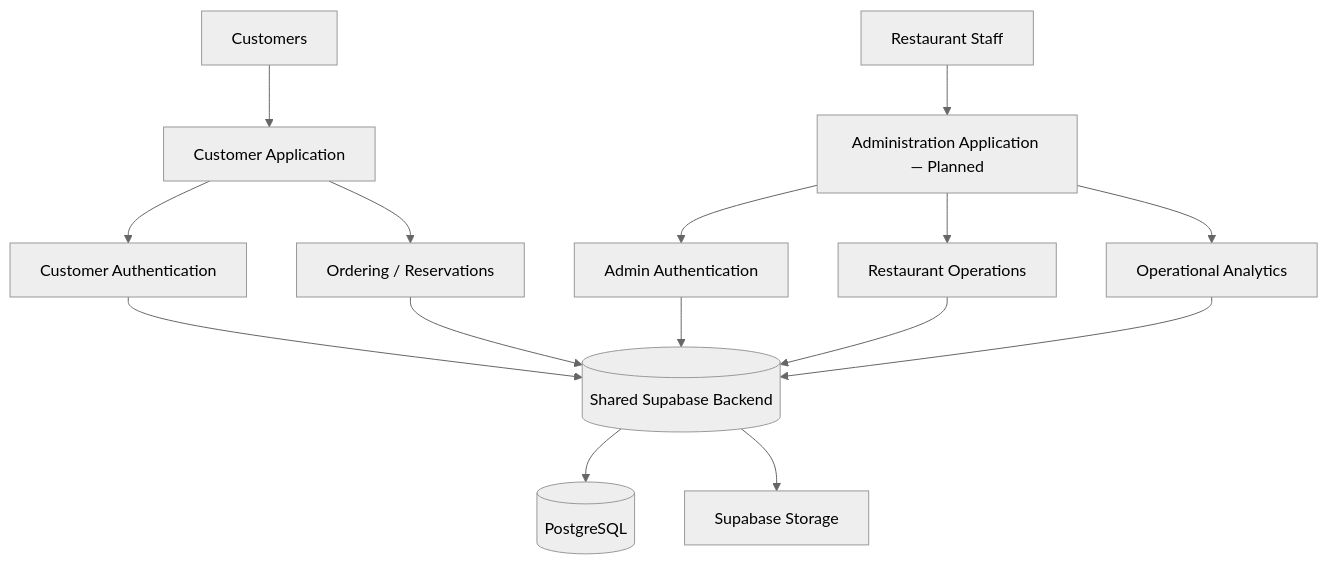
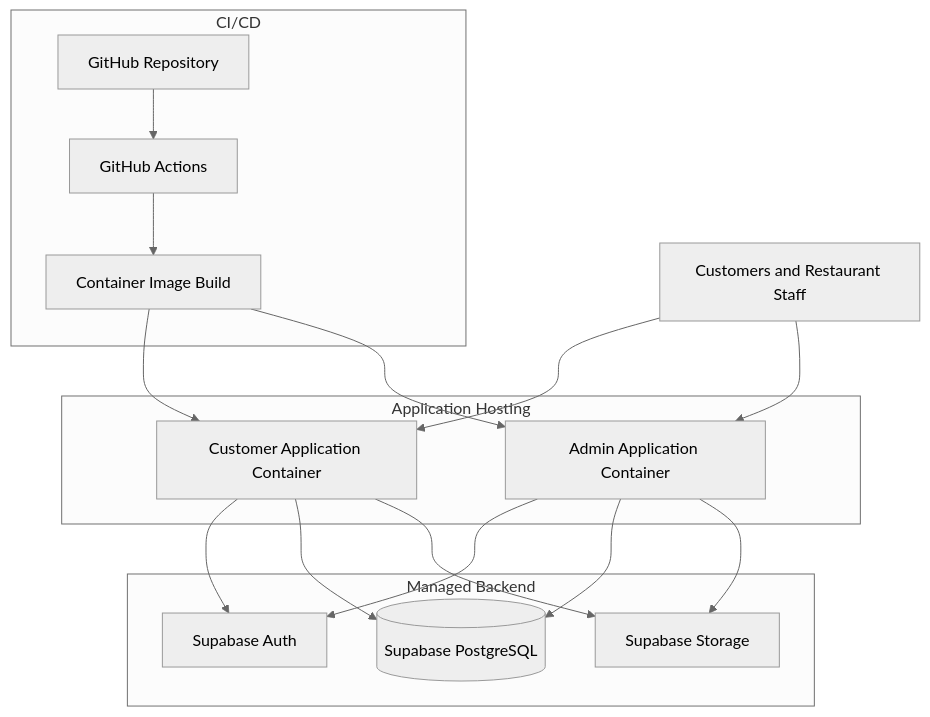
One commit to ashwin8223/tasty-treat-website changed the ninth of 9 diagrams in README.md. Above: the diagram before and after it, drawn with Mermaid (neutral theme). The commit also changed other lines of this file and 1 other file, not shown here.

````diff
--- a/README.md
+++ b/README.md
@@ -524,21 +914,37 @@
 ```mermaid
 flowchart TB
-    CUSTOMER["Customers"] --> CUSTOMER_APP["Customer Application"]
-    STAFF["Restaurant Staff"] --> ADMIN_APP["Administration Application — Planned"]
+    USERS["Customers and Restaurant Staff"]
 
-    CUSTOMER_APP --> CUSTOMER_AUTH["Customer Authentication"]
-    CUSTOMER_APP --> CUSTOMER_WORKFLOWS["Ordering / Reservations"]
+    subgraph DEPLOYMENT["Application Hosting"]
+        CUSTOMER["Customer Application Container"]
+        ADMIN["Admin Application Container"]
+    end
 
-    ADMIN_APP --> ADMIN_AUTH["Admin Authentication"]
-    ADMIN_APP --> ADMIN_OPS["Restaurant Operations"]
-    ADMIN_APP --> ANALYTICS["Operational Analytics"]
+    subgraph CI["CI/CD"]
+        GITHUB["GitHub Repository"]
+        ACTIONS["GitHub Actions"]
+        IMAGE["Container Image Build"]
+    end
 
-    CUSTOMER_AUTH --> BACKEND[("Shared Supabase Backend")]
-    CUSTOMER_WORKFLOWS --> BACKEND
-    ADMIN_AUTH --> BACKEND
-    ADMIN_OPS --> BACKEND
-    ANALYTICS --> BACKEND
+    subgraph MANAGED["Managed Backend"]
+        AUTH["Supabase Auth"]
+        DB[("Supabase PostgreSQL")]
+        STORAGE["Supabase Storage"]
+    end
 
-    BACKEND --> DB[("PostgreSQL")]
-    BACKEND --> STORAGE["Supabase Storage"]
+    USERS --> CUSTOMER
+    USERS --> ADMIN
+
+    GITHUB --> ACTIONS
+    ACTIONS --> IMAGE
+    IMAGE --> CUSTOMER
+    IMAGE --> ADMIN
+
+    CUSTOMER --> AUTH
+    CUSTOMER --> DB
+    ADMIN --> AUTH
+    ADMIN --> DB
+
+    CUSTOMER --> STORAGE
+    ADMIN --> STORAGE
 ```
````
